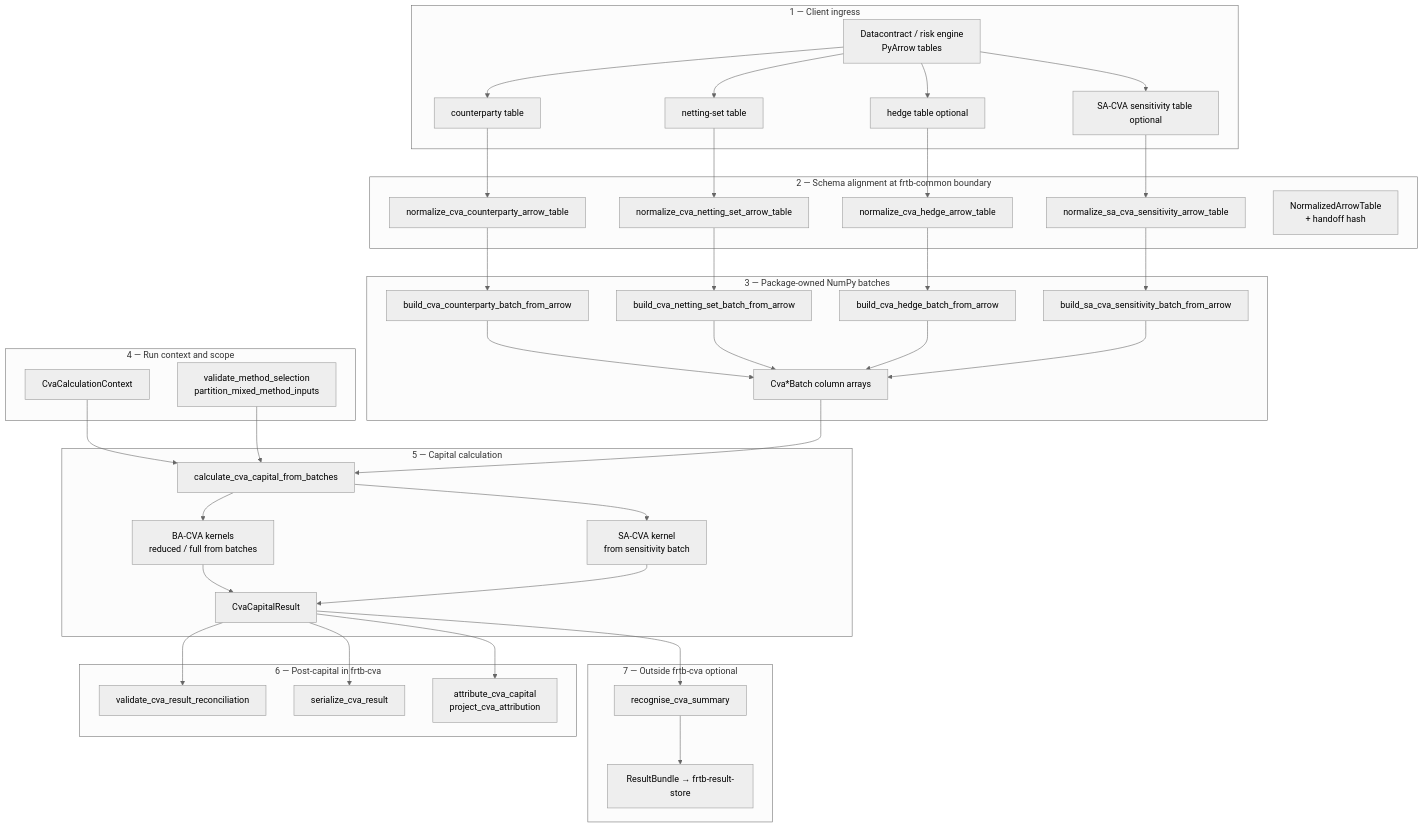
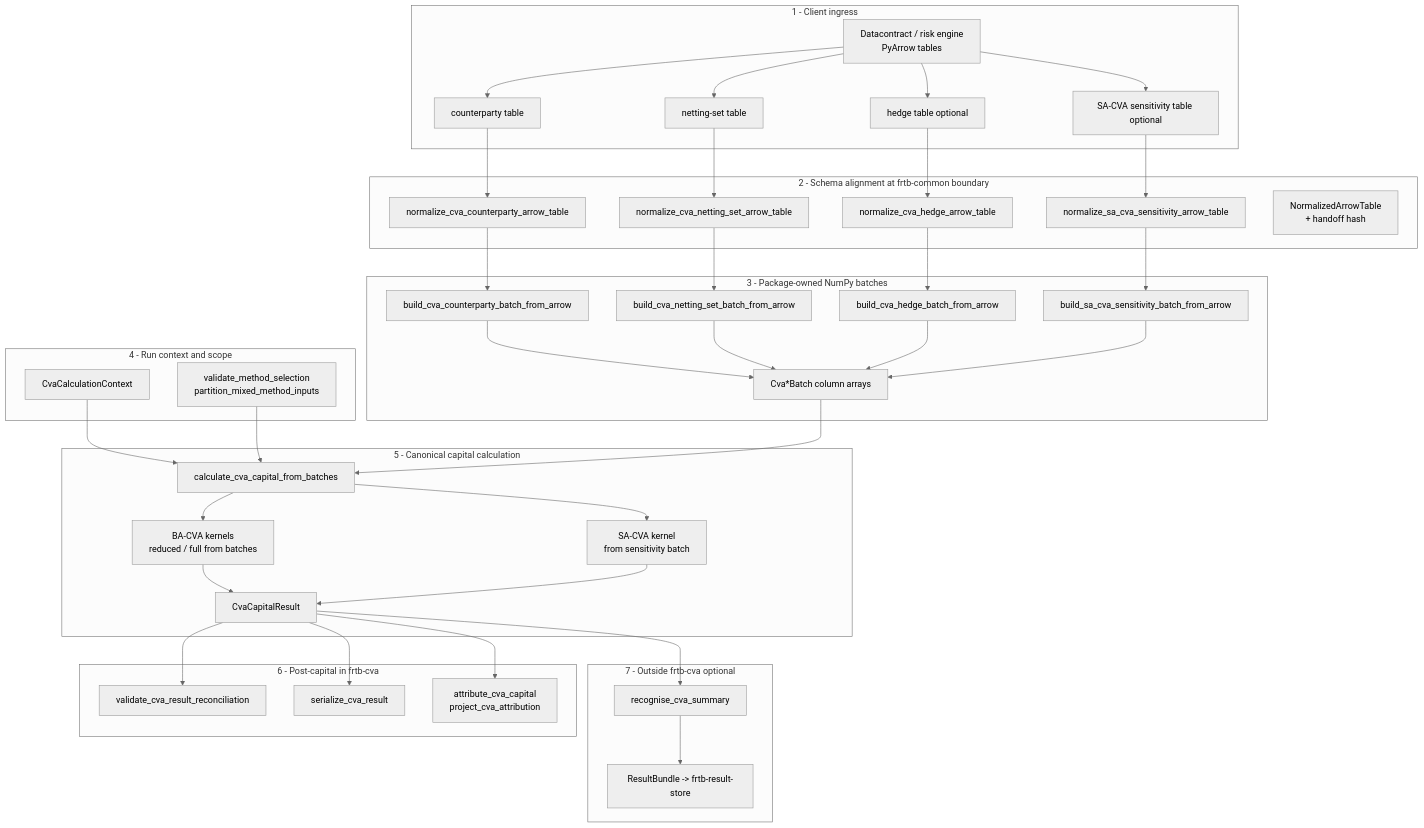
One commit to tomanizer/frtb-capital changed the first of 3 diagrams in packages/frtb-cva/docs/PACKAGE_JOURNEY.md. Above: the diagram before and after it, drawn with Mermaid (neutral theme). The commit also changed other lines of this file and 6 other files, not shown here.

First line of the commit message:
Trim CVA public surface after batch consolidation (#756)

````diff
--- a/packages/frtb-cva/docs/PACKAGE_JOURNEY.md
+++ b/packages/frtb-cva/docs/PACKAGE_JOURNEY.md
@@ -75,62 +75,62 @@
 ```mermaid
 flowchart TB
-  subgraph ingest["1 — Client ingress"]
+  subgraph ingest["1 - Client ingress"]
     DC["Datacontract / risk engine\nPyArrow tables"]
     T_CP["counterparty table"]
     T_NS["netting-set table"]
     T_HG["hedge table optional"]
     T_SA["SA-CVA sensitivity table optional"]
   end
 
-  subgraph normalize["2 — Schema alignment at frtb-common boundary"]
+  subgraph normalize["2 - Schema alignment at frtb-common boundary"]
     N_CP["normalize_cva_counterparty_arrow_table"]
     N_NS["normalize_cva_netting_set_arrow_table"]
     N_HG["normalize_cva_hedge_arrow_table"]
     N_SA["normalize_sa_cva_sensitivity_arrow_table"]
     NAT["NormalizedArrowTable\n+ handoff hash"]
   end
 
-  subgraph batch["3 — Package-owned NumPy batches"]
+  subgraph batch["3 - Package-owned NumPy batches"]
     B_CP["build_cva_counterparty_batch_from_arrow"]
     B_NS["build_cva_netting_set_batch_from_arrow"]
     B_HG["build_cva_hedge_batch_from_arrow"]
     B_SA["build_sa_cva_sensitivity_batch_from_arrow"]
     BATCH["Cva*Batch column arrays"]
   end
 
-  subgraph run["4 — Run context and scope"]
+  subgraph run["4 - Run context and scope"]
     CTX["CvaCalculationContext"]
     SCOPE["validate_method_selection\npartition_mixed_method_inputs"]
   end
 
-  subgraph calc["5 — Capital calculation"]
+  subgraph calc["5 - Canonical capital calculation"]
     ENTRY["calculate_cva_capital_from_batches"]
     BA["BA-CVA kernels\nreduced / full from batches"]
     SA["SA-CVA kernel\nfrom sensitivity batch"]
     RES["CvaCapitalResult"]
   end
 
-  subgraph post["6 — Post-capital in frtb-cva"]
+  subgraph post["6 - Post-capital in frtb-cva"]
     RECON["validate_cva_result_reconciliation"]
     SER["serialize_cva_result"]
     ATTR["attribute_cva_capital\nproject_cva_attribution"]
   end
 
-  subgraph external["7 — Outside frtb-cva optional"]
+  subgraph external["7 - Outside frtb-cva optional"]
     ORCH["recognise_cva_summary"]
-    STORE["ResultBundle → frtb-result-store"]
+    STORE["ResultBundle -> frtb-result-store"]
   end
 
   DC --> T_CP & T_NS & T_HG & T_SA
   T_CP --> N_CP --> B_CP
   T_NS --> N_NS --> B_NS
   T_HG --> N_HG --> B_HG
   T_SA --> N_SA --> B_SA
   B_CP & B_NS & B_HG & B_SA --> BATCH
   CTX --> ENTRY
   BATCH --> ENTRY
   SCOPE --> ENTRY
   ENTRY --> BA & SA --> RES
   RES --> RECON & SER & ATTR
   RES --> ORCH --> STORE
 ```
````
